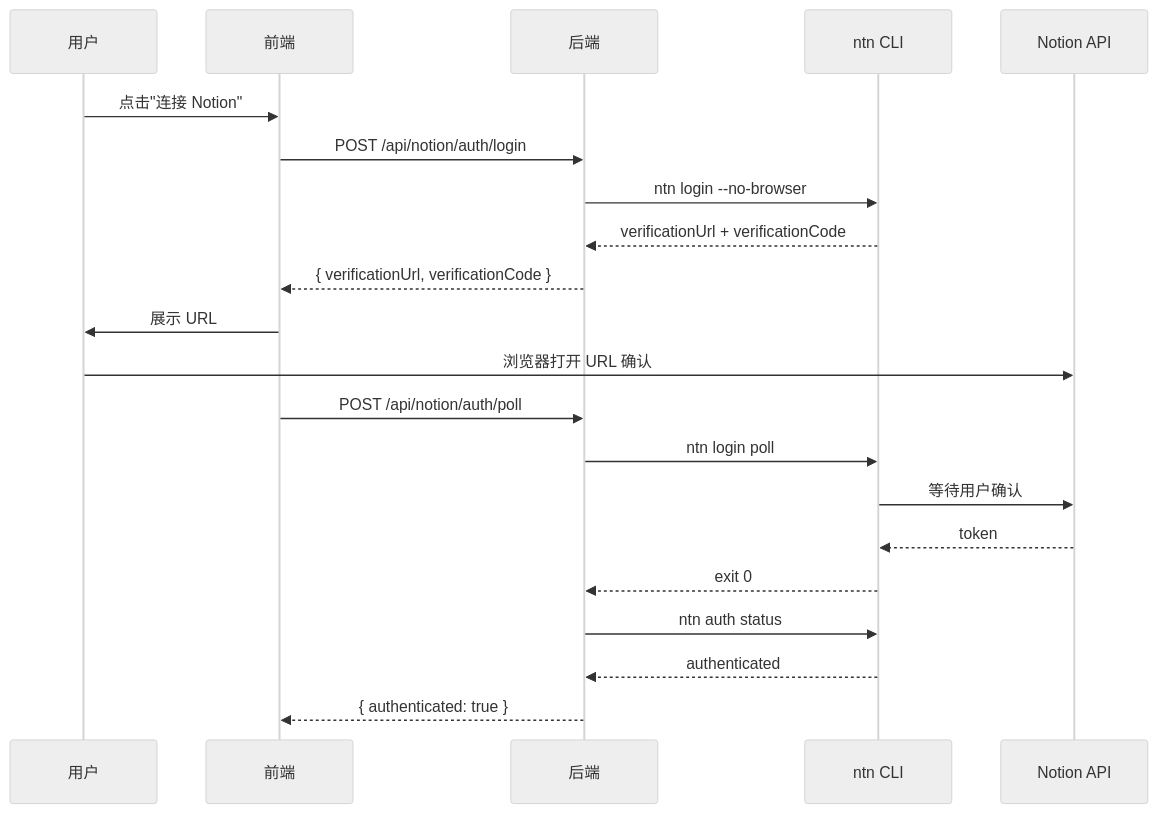
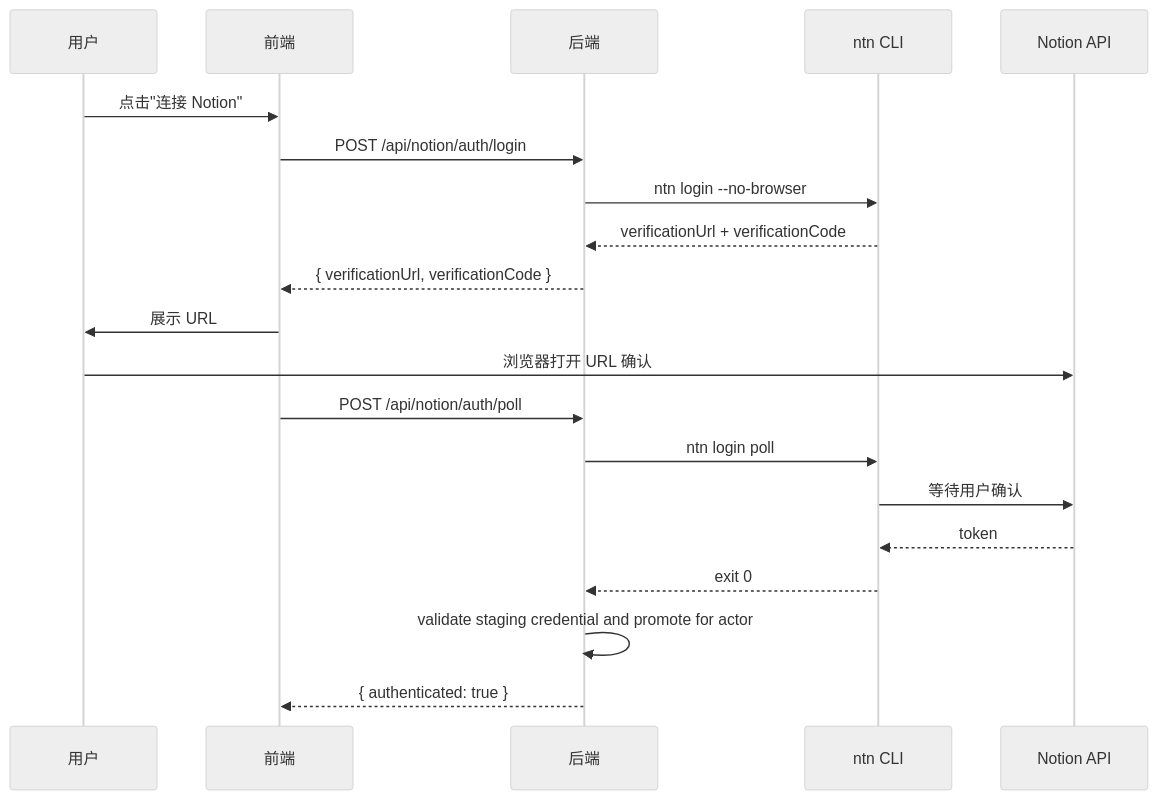
Before and after one commit to glide-the/im-dream: the first of 2 diagrams in docs/design/notion-session/overview.md, drawn with Mermaid (neutral theme). The commit also changed other lines of this file and 83 other files, not shown here.

````diff
--- a/docs/design/notion-session/overview.md
+++ b/docs/design/notion-session/overview.md
@@ -457,24 +444,23 @@
 ```mermaid
 sequenceDiagram
     participant User as 用户
     participant Front as 前端
     participant Back as 后端
     participant CLI as ntn CLI
     participant Notion as Notion API
 
     User->>Front: 点击"连接 Notion"
     Front->>Back: POST /api/notion/auth/login
     Back->>CLI: ntn login --no-browser
     CLI-->>Back: verificationUrl + verificationCode
     Back-->>Front: { verificationUrl, verificationCode }
     Front->>User: 展示 URL
     User->>Notion: 浏览器打开 URL 确认
     Front->>Back: POST /api/notion/auth/poll
     Back->>CLI: ntn login poll
     CLI->>Notion: 等待用户确认
     Notion-->>CLI: token
     CLI-->>Back: exit 0
-    Back->>CLI: ntn auth status
-    CLI-->>Back: authenticated
+    Back->>Back: validate staging credential and promote for actor
     Back-->>Front: { authenticated: true }
 ```
````
